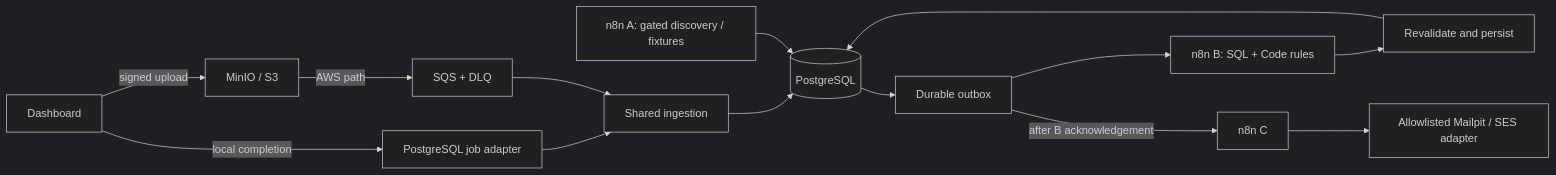
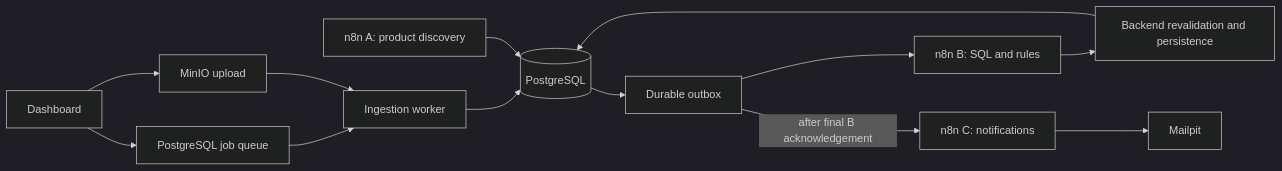
One commit to yaswanth-reddy14/loan-eligibility-engine changed the diagram in README.md. Above: the diagram before and after it, drawn with Mermaid (dark theme). The commit also changed other lines of this file and 55 other files, not shown here.

````diff
--- a/README.md
+++ b/README.md
@@ -21,16 +18,15 @@
 ```mermaid
 flowchart LR
-  UI[Dashboard] -->|signed upload| Storage[MinIO / S3]
-  UI -->|local completion| Queue[PostgreSQL job adapter]
-  Storage -->|AWS path| SQS[SQS + DLQ]
-  Queue --> Ingest[Shared ingestion]
-  SQS --> Ingest
+  UI[Dashboard] --> Storage[MinIO upload]
+  UI --> Jobs[PostgreSQL job queue]
+  Jobs --> Ingest[Ingestion worker]
+  Storage --> Ingest
   Ingest --> DB[(PostgreSQL)]
+  A[n8n A: product discovery] --> DB
   DB --> Outbox[Durable outbox]
-  Outbox --> B[n8n B: SQL + Code rules]
-  B --> Persist[Revalidate and persist]
-  Persist --> DB
-  Outbox -->|after B acknowledgement| C[n8n C]
-  C --> Mail[Allowlisted Mailpit / SES adapter]
-  A[n8n A: gated discovery / fixtures] --> DB
+  Outbox --> B[n8n B: SQL and rules]
+  B --> API[Backend revalidation and persistence]
+  API --> DB
+  Outbox -->|after final B acknowledgement| C[n8n C: notifications]
+  C --> Mail[Mailpit]
 ```
````
